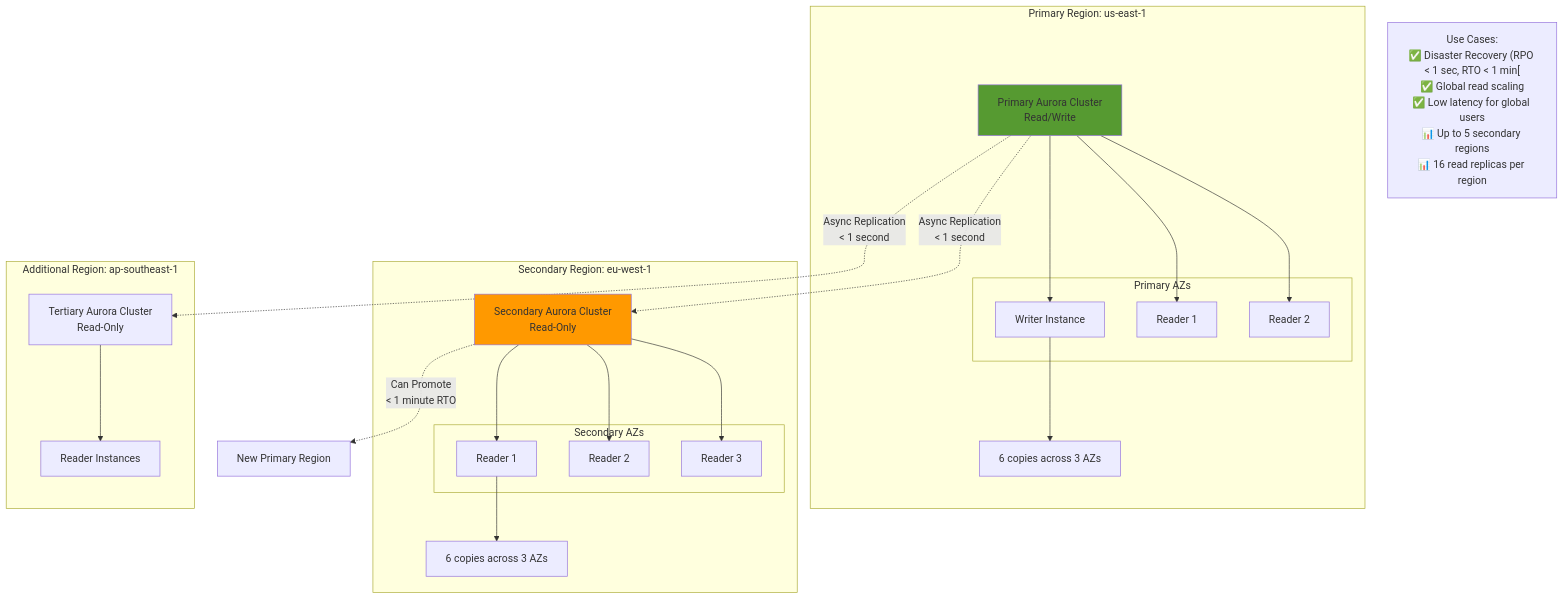
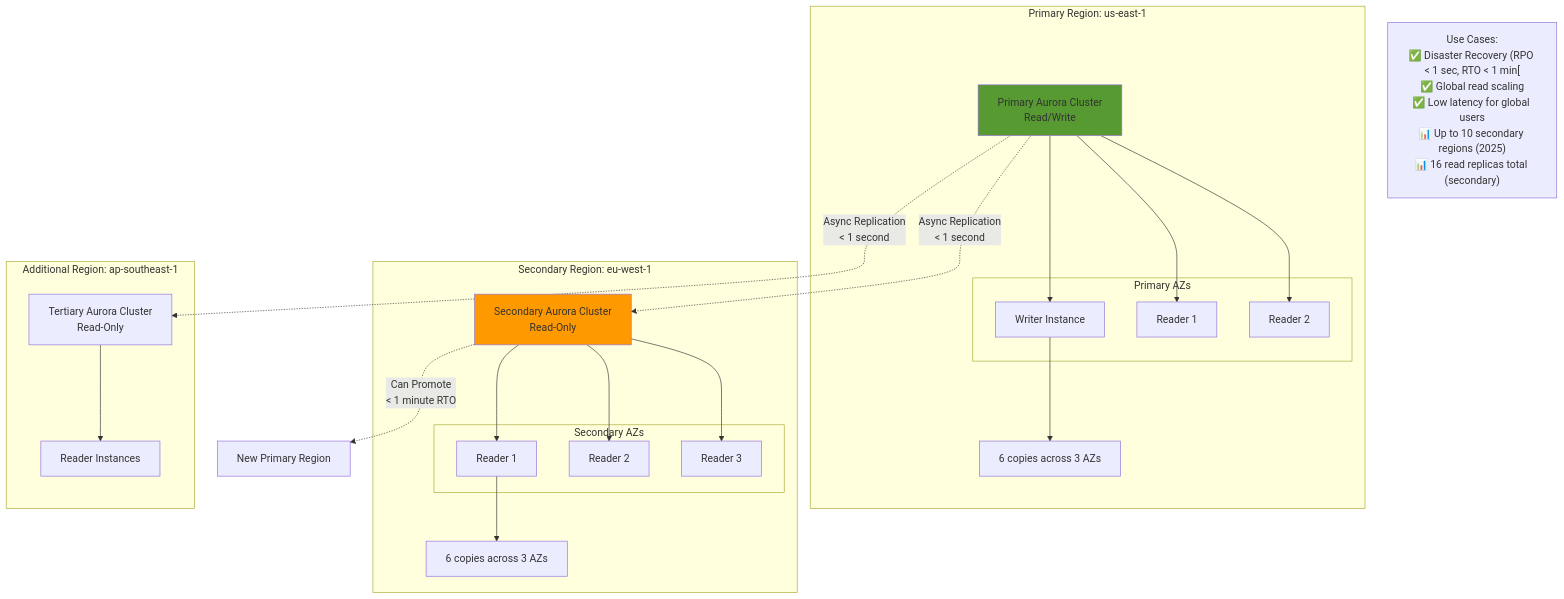
Before and after one commit to ChathurangaVKD/AWS-Certified-Solutions-Architect-Associate-SAA-C03: the seventh of 20 diagrams in 05-Database/DIAGRAMS.md, drawn with Mermaid. The commit also changed 14 other files, not shown here.

````diff
--- a/05-Database/DIAGRAMS.md
+++ b/05-Database/DIAGRAMS.md
@@ -287,54 +287,54 @@
 ```mermaid
 graph TB
     subgraph Primary_Region_us_east_1_Group["Primary Region: us-east-1"]
         PrimaryCluster["Primary Aurora Cluster<br/>Read/Write"]
         
         subgraph Primary_AZs_Group["Primary AZs"]
             P_Writer[Writer Instance]
             P_Reader1[Reader 1]
             P_Reader2[Reader 2]
         end
         
         PrimaryCluster --> P_Writer
         PrimaryCluster --> P_Reader1
         PrimaryCluster --> P_Reader2
         
         P_Storage[6 copies across 3 AZs]
         P_Writer --> P_Storage
     end
     
     subgraph Secondary_Region_eu_west_1_Group["Secondary Region: eu-west-1"]
         SecondaryCluster["Secondary Aurora Cluster<br/>Read-Only"]
         
         subgraph Secondary_AZs_Group["Secondary AZs"]
             S_Reader1[Reader 1]
             S_Reader2[Reader 2]
             S_Reader3[Reader 3]
         end
         
         SecondaryCluster --> S_Reader1
         SecondaryCluster --> S_Reader2
         SecondaryCluster --> S_Reader3
         
         S_Storage[6 copies across 3 AZs]
         S_Reader1 --> S_Storage
     end
     
     subgraph Additional_Region_ap_southeast_1_Group["Additional Region: ap-southeast-1"]
         APCluster["Tertiary Aurora Cluster<br/>Read-Only"]
         AP_Reader[Reader Instances]
         APCluster --> AP_Reader
     end
     
     PrimaryCluster -.Async Replication<br/>< 1 second.-> SecondaryCluster
     PrimaryCluster -.Async Replication<br/>< 1 second.-> APCluster
     
     SecondaryCluster -.Can Promote<br/>< 1 minute RTO.-> NewPrimary[New Primary Region]
     
-    UseCases["Use Cases:<br/>✅ Disaster Recovery (RPO &lt; 1 sec, RTO &lt; 1 min[<br/>✅ Global read scaling<br/>✅ Low latency for global users<br/>📊 Up to 5 secondary regions<br/>📊 16 read replicas per region"]
+    UseCases["Use Cases:<br/>✅ Disaster Recovery (RPO &lt; 1 sec, RTO &lt; 1 min[<br/>✅ Global read scaling<br/>✅ Low latency for global users<br/>📊 Up to 10 secondary regions (2025)<br/>📊 16 read replicas total (secondary)"]
     
     classDef style1 fill:#569A31
     class PrimaryCluster style1
     classDef style2 fill:#FF9900
     class SecondaryCluster style2
 ```
````
